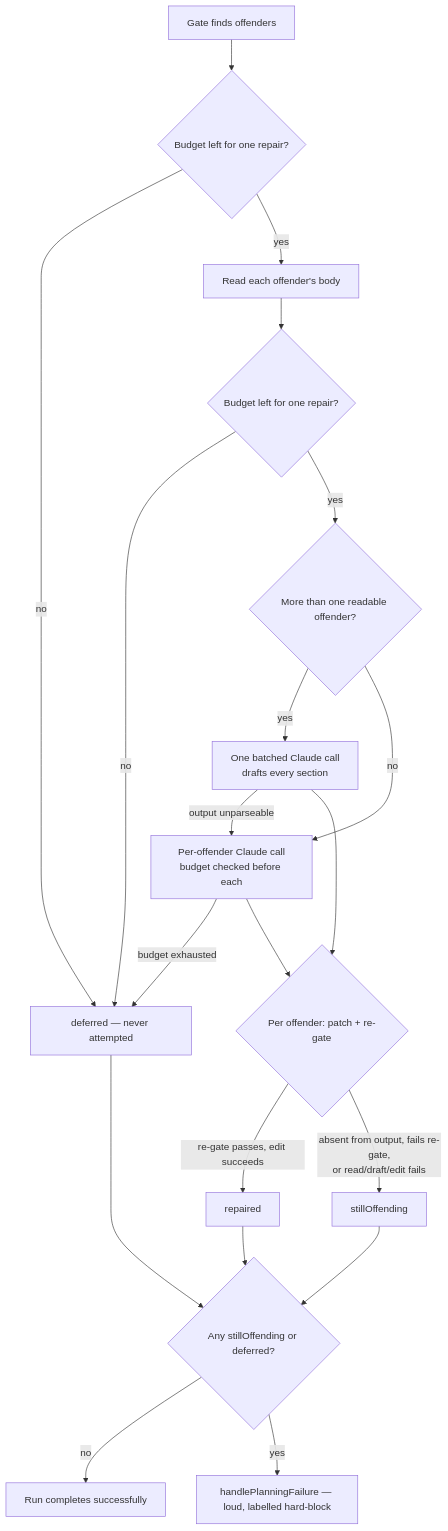
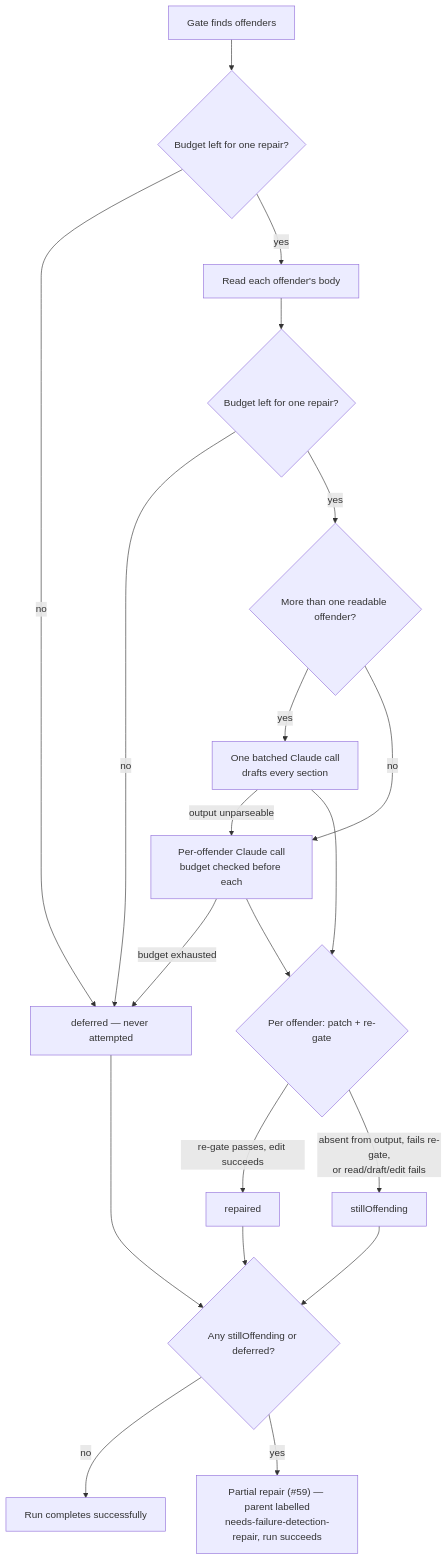
The third of 6 diagrams in docs/workflows/planning-and-questions.md (stSoftwareAU/VibeCoder), drawn with Mermaid before and after one commit. The commit also changed other lines of this file and 12 other files, not shown here.

First line of the commit message:
Partial Failure-Detection repair leaves a resumable state (Issue #59)

````diff
--- a/docs/workflows/planning-and-questions.md
+++ b/docs/workflows/planning-and-questions.md
@@ -302,22 +344,22 @@
 ```mermaid
 flowchart TD
     A[Gate finds offenders] --> Z{Budget left for one repair?}
     Z -->|no| Y[deferred — never attempted]
     Z -->|yes| B[Read each offender's body]
     B --> Z2{Budget left for one repair?}
     Z2 -->|no| Y
     Z2 -->|yes| C{More than one readable offender?}
     C -->|yes| D[One batched Claude call<br/>drafts every section]
     C -->|no| E[Per-offender Claude call<br/>budget checked before each]
     D -->|output unparseable| E
     E -->|budget exhausted| Y
     D --> F{Per offender: patch + re-gate}
     E --> F
     F -->|re-gate passes, edit succeeds| G[repaired]
     F -->|absent from output, fails re-gate,<br/>or read/draft/edit fails| H[stillOffending]
     G --> I{Any stillOffending or deferred?}
     H --> I
     Y --> I
     I -->|no| J[Run completes successfully]
-    I -->|yes| K[handlePlanningFailure — loud, labelled hard-block]
+    I -->|yes| K["Partial repair (#59) — parent labelled<br/>needs-failure-detection-repair, run succeeds"]
 ```
````
